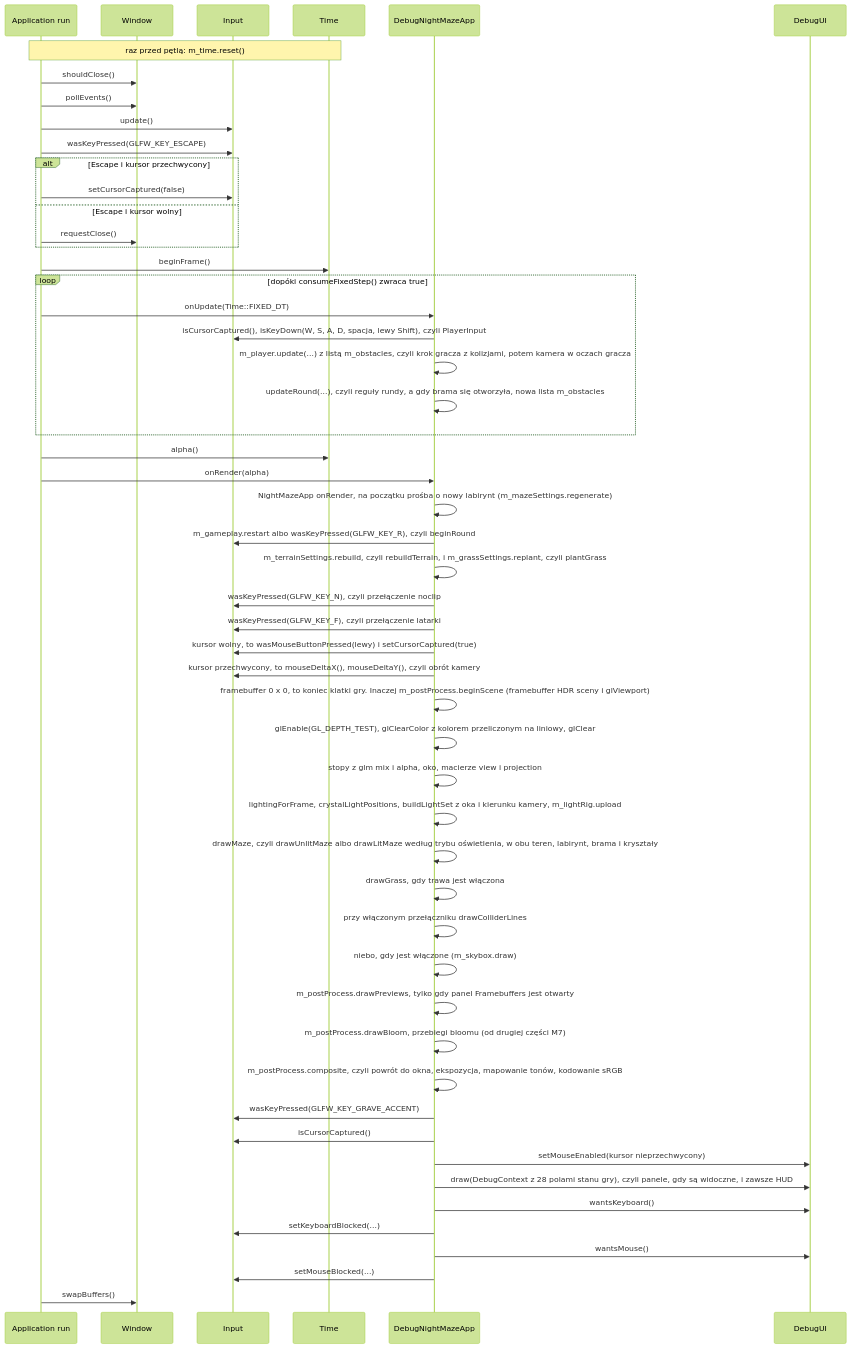
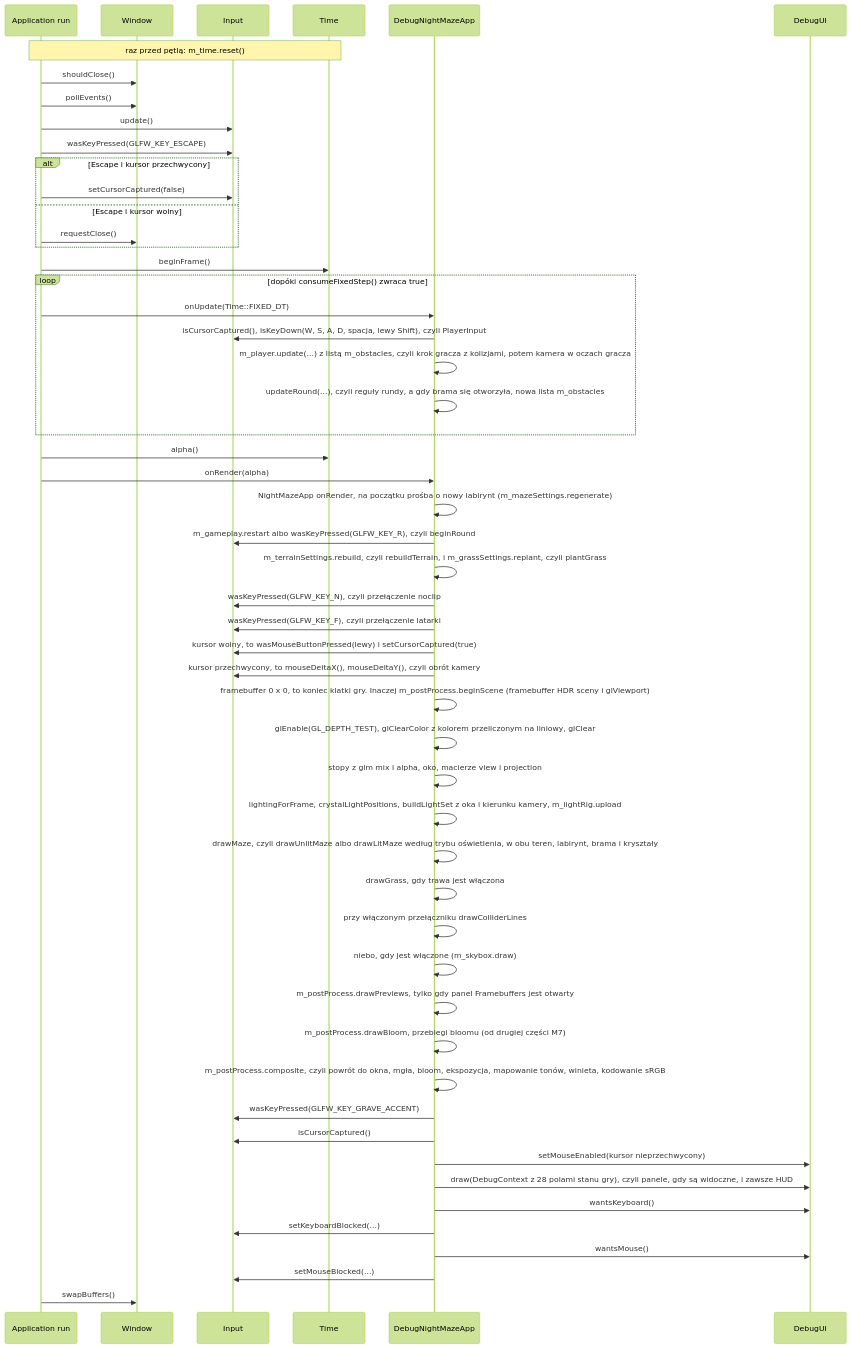
The second of 3 diagrams in docs/modules/core/README.md (Shironex/night-maze), drawn with Mermaid (forest theme) before and after one commit. The commit also changed other lines of this file and 50 other files, not shown here.

````diff
--- a/docs/modules/core/README.md
+++ b/docs/modules/core/README.md
@@ -83,55 +83,55 @@
 ```mermaid
 sequenceDiagram
     participant Run as Application run
     participant Win as Window
     participant In as Input
     participant T as Time
     participant App as DebugNightMazeApp
     participant UI as DebugUI
     Note over Run,T: raz przed pętlą: m_time.reset()
     Run->>Win: shouldClose()
     Run->>Win: pollEvents()
     Run->>In: update()
     Run->>In: wasKeyPressed(GLFW_KEY_ESCAPE)
     alt Escape i kursor przechwycony
         Run->>In: setCursorCaptured(false)
     else Escape i kursor wolny
         Run->>Win: requestClose()
     end
     Run->>T: beginFrame()
     loop dopóki consumeFixedStep() zwraca true
         Run->>App: onUpdate(Time::FIXED_DT)
         App->>In: isCursorCaptured(), isKeyDown(W, S, A, D, spacja, lewy Shift), czyli PlayerInput
         App->>App: m_player.update(...) z listą m_obstacles, czyli krok gracza z kolizjami, potem kamera w oczach gracza
         App->>App: updateRound(...), czyli reguły rundy, a gdy brama się otworzyła, nowa lista m_obstacles
     end
     Run->>T: alpha()
     Run->>App: onRender(alpha)
     App->>App: NightMazeApp onRender, na początku prośba o nowy labirynt (m_mazeSettings.regenerate)
     App->>In: m_gameplay.restart albo wasKeyPressed(GLFW_KEY_R), czyli beginRound
     App->>App: m_terrainSettings.rebuild, czyli rebuildTerrain, i m_grassSettings.replant, czyli plantGrass
     App->>In: wasKeyPressed(GLFW_KEY_N), czyli przełączenie noclip
     App->>In: wasKeyPressed(GLFW_KEY_F), czyli przełączenie latarki
     App->>In: kursor wolny, to wasMouseButtonPressed(lewy) i setCursorCaptured(true)
     App->>In: kursor przechwycony, to mouseDeltaX(), mouseDeltaY(), czyli obrót kamery
     App->>App: framebuffer 0 x 0, to koniec klatki gry. Inaczej m_postProcess.beginScene (framebuffer HDR sceny i glViewport)
     App->>App: glEnable(GL_DEPTH_TEST), glClearColor z kolorem przeliczonym na liniowy, glClear
     App->>App: stopy z glm mix i alpha, oko, macierze view i projection
     App->>App: lightingForFrame, crystalLightPositions, buildLightSet z oka i kierunku kamery, m_lightRig.upload
     App->>App: drawMaze, czyli drawUnlitMaze albo drawLitMaze według trybu oświetlenia, w obu teren, labirynt, brama i kryształy
     App->>App: drawGrass, gdy trawa jest włączona
     App->>App: przy włączonym przełączniku drawColliderLines
     App->>App: niebo, gdy jest włączone (m_skybox.draw)
     App->>App: m_postProcess.drawPreviews, tylko gdy panel Framebuffers jest otwarty
     App->>App: m_postProcess.drawBloom, przebiegi bloomu (od drugiej części M7)
-    App->>App: m_postProcess.composite, czyli powrót do okna, ekspozycja, mapowanie tonów, kodowanie sRGB
+    App->>App: m_postProcess.composite, czyli powrót do okna, mgła, bloom, ekspozycja, mapowanie tonów, winieta, kodowanie sRGB
     App->>In: wasKeyPressed(GLFW_KEY_GRAVE_ACCENT)
     App->>In: isCursorCaptured()
     App->>UI: setMouseEnabled(kursor nieprzechwycony)
     App->>UI: draw(DebugContext z 28 polami stanu gry), czyli panele, gdy są widoczne, i zawsze HUD
     App->>UI: wantsKeyboard()
     App->>In: setKeyboardBlocked(...)
     App->>UI: wantsMouse()
     App->>In: setMouseBlocked(...)
     Run->>Win: swapBuffers()
 ```
````
